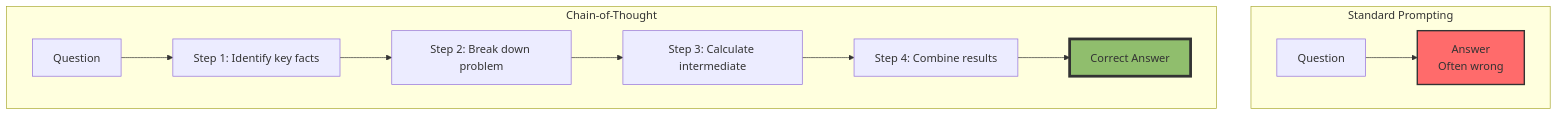
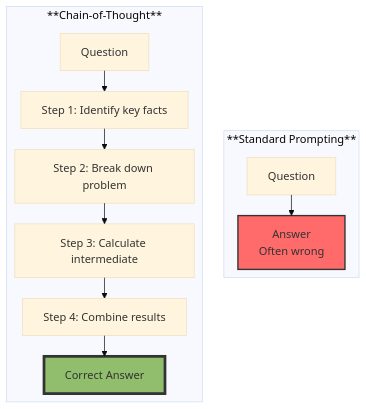
The second of 2 diagrams in The 2026 AI Metromap/The 2026 AI Metromap: Prompt Engineering 101 – The Art of Talking to AI.md (Vineet-Sharma-Medium-Stories/Medium-Build-Tool), drawn with Mermaid before and after one commit. The commit also changed other lines of this file and 37 other files, not shown here.

````diff
--- a/The 2026 AI Metromap/The 2026 AI Metromap: Prompt Engineering 101 – The Art of Talking to AI.md
+++ b/The 2026 AI Metromap/The 2026 AI Metromap: Prompt Engineering 101 – The Art of Talking to AI.md
@@ -309,17 +314,22 @@
 ```mermaid
+---
+config:
+  theme: base
+  layout: elk
+---
 graph TD
-    subgraph "Standard Prompting"
+    subgraph "**Standard Prompting**"
         Q[Question] --> A[Answer<br/>Often wrong]
     end
     
-    subgraph "Chain-of-Thought"
+    subgraph "**Chain-of-Thought**"
         Q2[Question] --> S[Step 1: Identify key facts]
         S --> T[Step 2: Break down problem]
         T --> U[Step 3: Calculate intermediate]
         U --> V[Step 4: Combine results]
         V --> A2[Correct Answer]
     end
     
     style A fill:#ff6b6b,stroke:#333,stroke-width:2px
     style A2 fill:#90be6d,stroke:#333,stroke-width:4px
 ```
````
